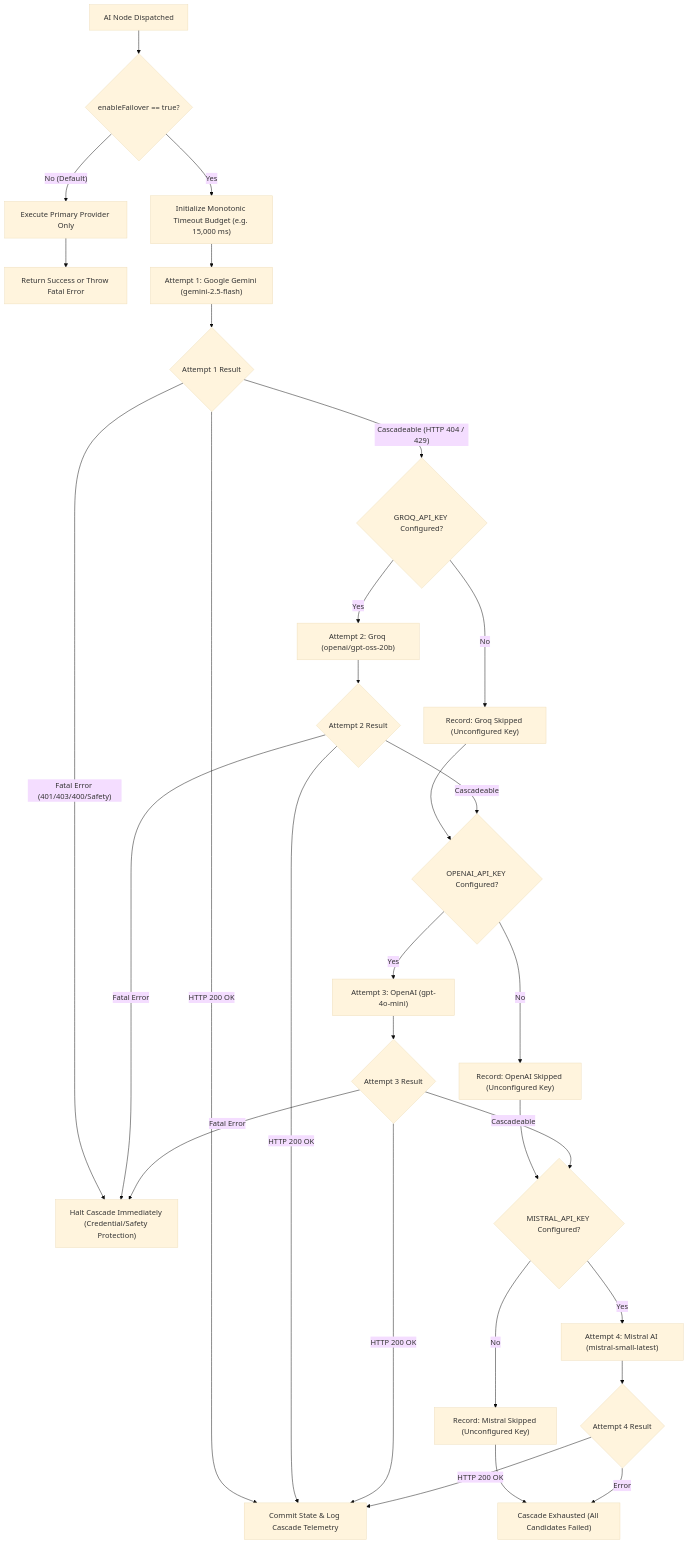
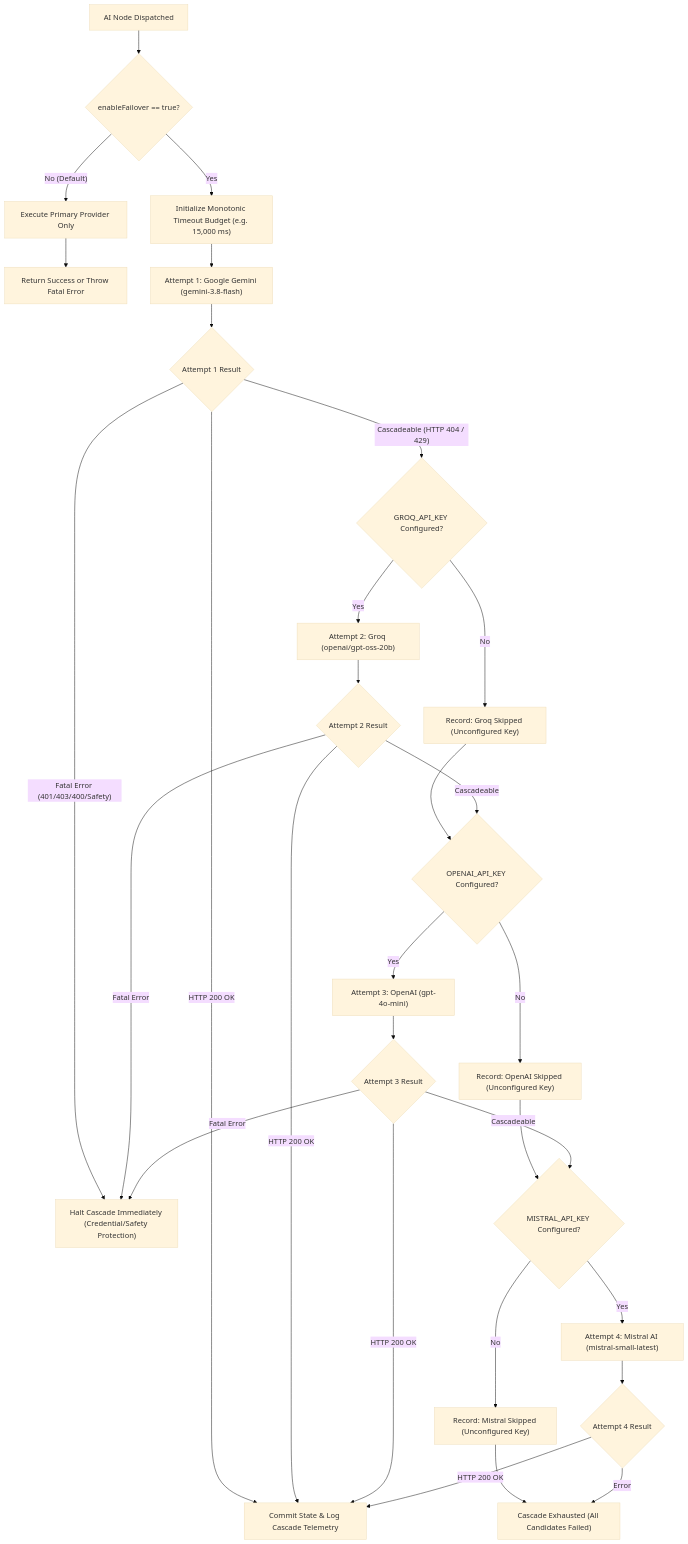
One commit to DivyanshuG23/flowforge-ai changed the third of 6 diagrams in docs/ARCHITECTURE.md. Above: the diagram before and after it, drawn with Mermaid (base theme). The commit also changed other lines of this file and 16 other files, not shown here.

Commit message:
fix: migrate Gemini default model to gemini-3.8-flash and add Groq direct execution badge

````diff
--- a/docs/ARCHITECTURE.md
+++ b/docs/ARCHITECTURE.md
@@ -142,38 +142,38 @@
 ```mermaid
 flowchart TD
     Start["AI Node Dispatched"] --> OptIn{"enableFailover == true?"}
     
     OptIn -- "No (Default)" --> Single["Execute Primary Provider Only"]
     Single --> SingleDone["Return Success or Throw Fatal Error"]
     
     OptIn -- "Yes" --> Init["Initialize Monotonic Timeout Budget (e.g. 15,000 ms)"]
-    Init --> P1["Attempt 1: Google Gemini (gemini-2.5-flash)"]
+    Init --> P1["Attempt 1: Google Gemini (gemini-3.8-flash)"]
     
     P1 --> Eval1{"Attempt 1 Result"}
     Eval1 -- "HTTP 200 OK" --> Success["Commit State & Log Cascade Telemetry"]
     Eval1 -- "Fatal Error (401/403/400/Safety)" --> Fatal["Halt Cascade Immediately (Credential/Safety Protection)"]
     Eval1 -- "Cascadeable (HTTP 404 / 429)" --> CheckP2{"GROQ_API_KEY Configured?"}
     
     CheckP2 -- "No" --> SkipP2["Record: Groq Skipped (Unconfigured Key)"] --> CheckP3{"OPENAI_API_KEY Configured?"}
     CheckP2 -- "Yes" --> P2["Attempt 2: Groq (openai/gpt-oss-20b)"]
     
     P2 --> Eval2{"Attempt 2 Result"}
     Eval2 -- "HTTP 200 OK" --> Success
     Eval2 -- "Fatal Error" --> Fatal
     Eval2 -- "Cascadeable" --> CheckP3
     
     CheckP3 -- "No" --> SkipP3["Record: OpenAI Skipped (Unconfigured Key)"] --> CheckP4{"MISTRAL_API_KEY Configured?"}
     CheckP3 -- "Yes" --> P3["Attempt 3: OpenAI (gpt-4o-mini)"]
     
     P3 --> Eval3{"Attempt 3 Result"}
     Eval3 -- "HTTP 200 OK" --> Success
     Eval3 -- "Fatal Error" --> Fatal
     Eval3 -- "Cascadeable" --> CheckP4
     
     CheckP4 -- "No" --> SkipP4["Record: Mistral Skipped (Unconfigured Key)"] --> Exhausted["Cascade Exhausted (All Candidates Failed)"]
     CheckP4 -- "Yes" --> P4["Attempt 4: Mistral AI (mistral-small-latest)"]
     
     P4 --> Eval4{"Attempt 4 Result"}
     Eval4 -- "HTTP 200 OK" --> Success
     Eval4 -- "Error" --> Exhausted
 ```
````
